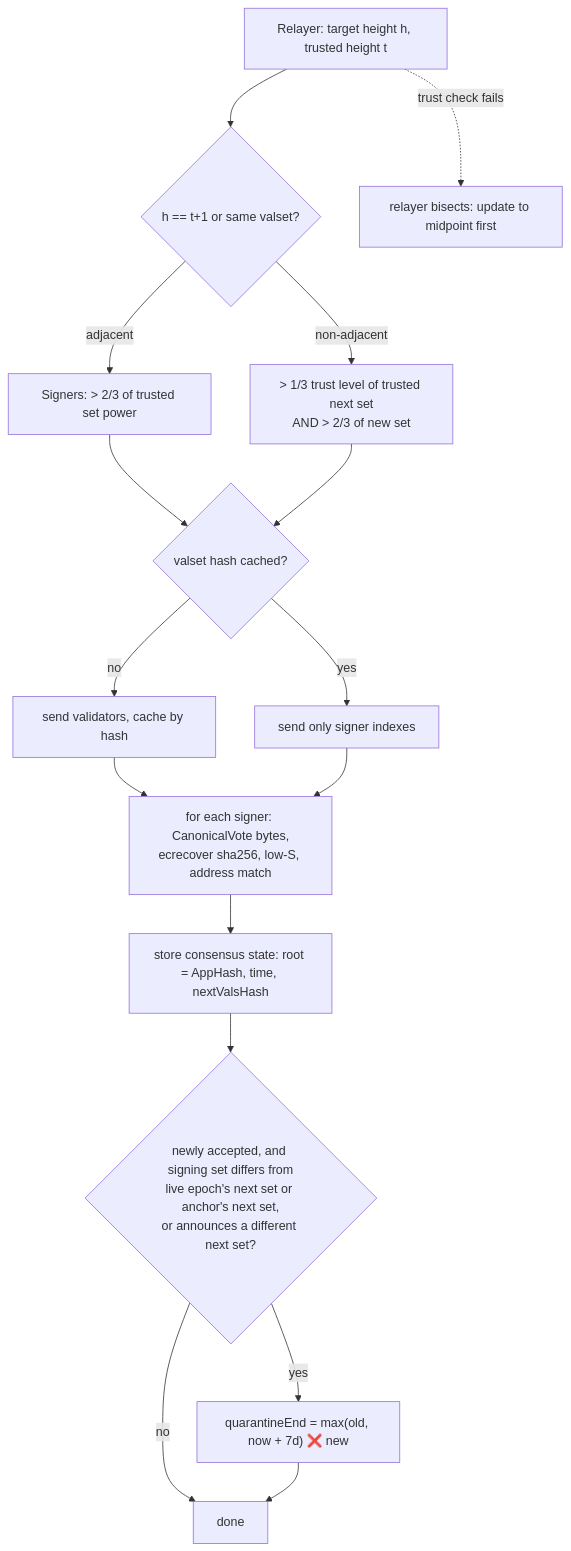
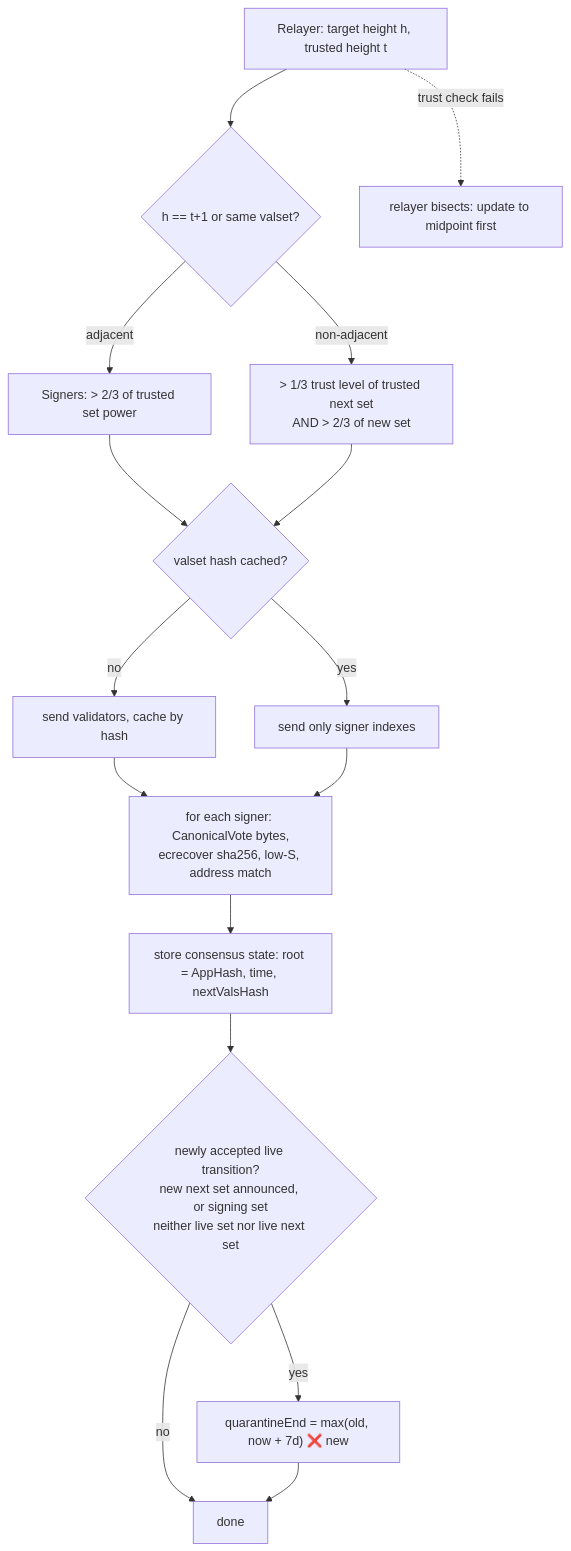
The fifth of 13 diagrams in gno.land/adr/pr6375_ibc_ethereum.md (gnolang/gno), drawn with Mermaid before and after one commit. The commit also changed other lines of this file, not shown here.

````diff
--- a/gno.land/adr/pr6375_ibc_ethereum.md
+++ b/gno.land/adr/pr6375_ibc_ethereum.md
@@ -430,16 +438,16 @@
 ```mermaid
 flowchart TD
   H[Relayer: target height h, trusted height t] --> ADJ{h == t+1 or same valset?}
   ADJ -- adjacent --> V1[Signers: > 2/3 of trusted set power]
   ADJ -- non-adjacent --> V2[> 1/3 trust level of trusted next set<br/>AND > 2/3 of new set]
   V1 & V2 --> CACHE{valset hash cached?}
   CACHE -- no --> KEYS[send validators, cache by hash]
   CACHE -- yes --> NOKEYS[send only signer indexes]
   KEYS & NOKEYS --> SIG[for each signer: CanonicalVote bytes,<br/>ecrecover sha256, low-S, address match]
   SIG --> STORE[store consensus state: root = AppHash, time, nextValsHash]
-  STORE --> VCH{newly accepted, and signing set differs from<br/>live epoch's next set or anchor's next set,<br/>or announces a different next set?}
+  STORE --> VCH{newly accepted live transition?<br/>new next set announced, or signing set<br/>neither live set nor live next set}
   VCH -- yes --> QUAR["quarantineEnd = max(old, now + 7d) ❌ new"]
   VCH -- no --> DONE[done]
   QUAR --> DONE
   H -. trust check fails .-> BIS[relayer bisects: update to midpoint first]
 ```
````
